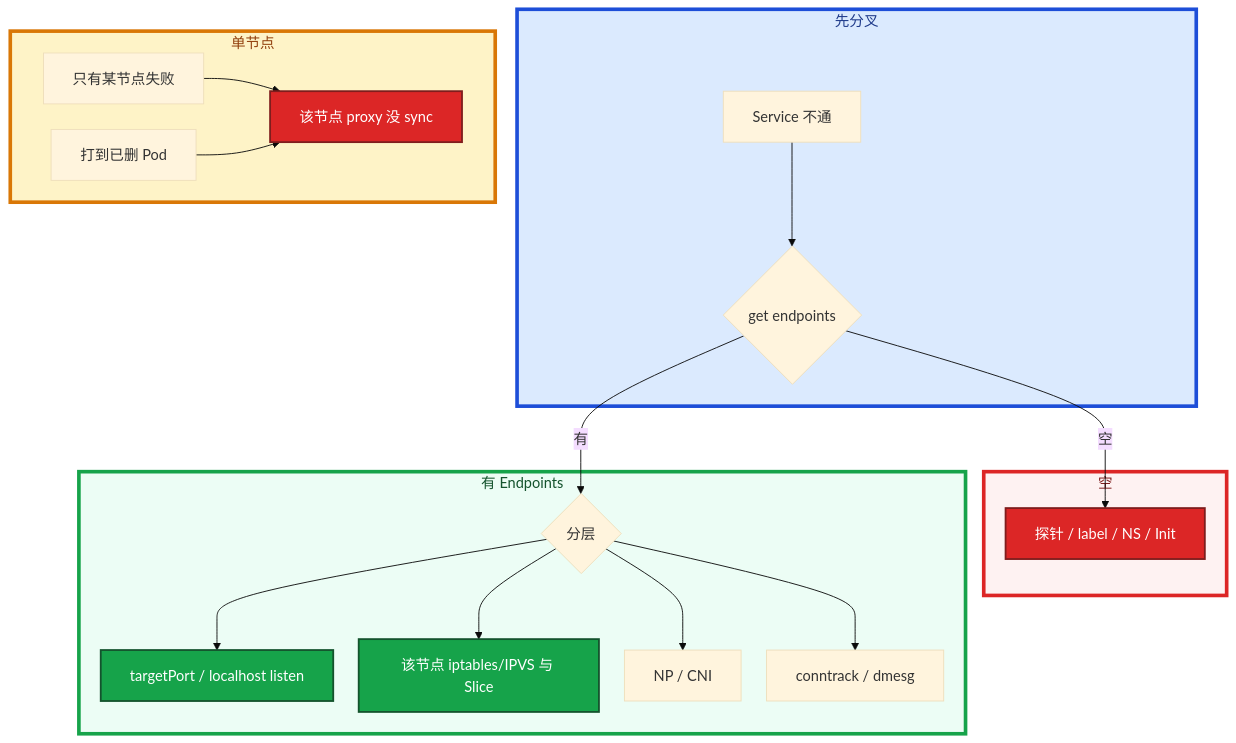
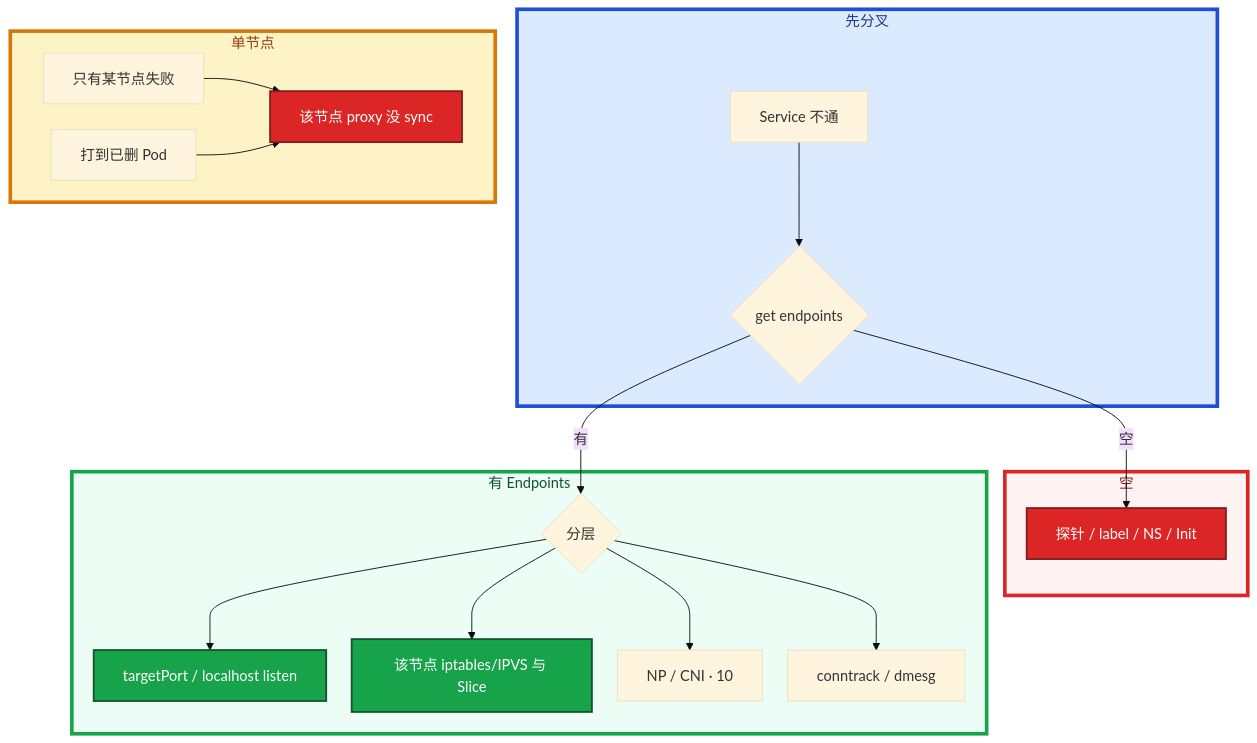
The fourth of 4 diagrams in 04-Kubernetes/08-Service与kube-proxy/知识点.md (ml-cuizijun/LearnToLilith), drawn with Mermaid before and after one commit. The commit also changed other lines of this file and 107 other files, not shown here.

````diff
--- a/04-Kubernetes/08-Service与kube-proxy/知识点.md
+++ b/04-Kubernetes/08-Service与kube-proxy/知识点.md
@@ -407,34 +619,34 @@
 ```mermaid
 %%{init: {"flowchart": {"padding": 16, "nodeSpacing": 28, "rankSpacing": 48}, "theme": "base"}}%%
 flowchart TB
     subgraph gate ["先分叉"]
         A[Service 不通] --> B{get endpoints}
     end
 
     subgraph empty ["空"]
         B -->|空| C[探针 / label / NS / Init]
     end
 
     subgraph has ["有 Endpoints"]
         B -->|有| D{分层}
         D --> E[targetPort / localhost listen]
         D --> F[该节点 iptables/IPVS 与 Slice]
-        D --> G[NP / CNI]
+        D --> G[NP / CNI · 10]
         D --> H[conntrack / dmesg]
     end
 
     subgraph node ["单节点"]
         I[只有某节点失败] --> J[该节点 proxy 没 sync]
         K[打到已删 Pod] --> J
     end
 
     classDef bad fill:#DC2626,stroke:#7F1D1D,stroke-width:2px,color:#fff
     classDef ok fill:#16A34A,stroke:#14532D,stroke-width:2px,color:#fff
     class C,J bad
     class E,F ok
 
     style gate fill:#DBEAFE,stroke:#1D4ED8,stroke-width:4px,color:#1E3A8A
     style empty fill:#FEF2F2,stroke:#DC2626,stroke-width:4px,color:#7F1D1D
     style has fill:#ECFDF5,stroke:#16A34A,stroke-width:4px,color:#14532D
     style node fill:#FEF3C7,stroke:#D97706,stroke-width:4px,color:#92400E
 ```
````
